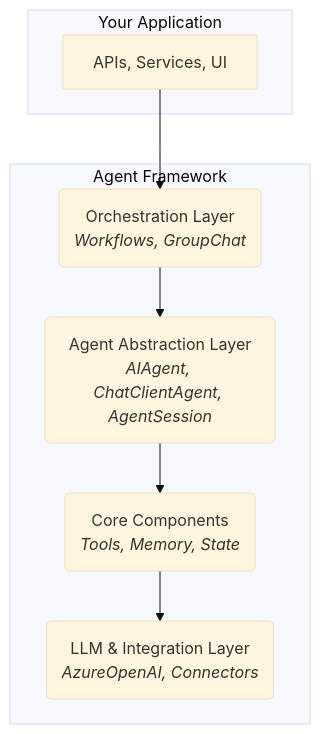
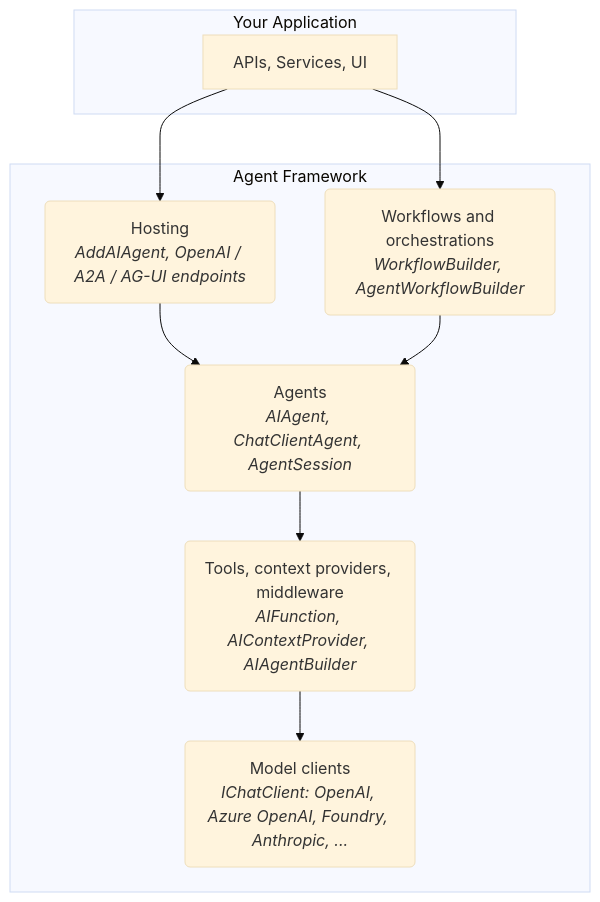
One commit to CodeHalwell/AgentGuides changed the first of 12 diagrams in src/content/docs/microsoft-agent-framework-guide/dotnet/microsoft_agent_framework_dotnet_diagrams.md. Above: the diagram before and after it, drawn with Mermaid (base theme). The commit also changed other lines of this file and 4 other files, not shown here.

First line of the commit message:
.NET guide: workflows, orchestrations, hosting, observability, testing and evaluation; recipes and production expanded

````diff
--- a/src/content/docs/microsoft-agent-framework-guide/dotnet/microsoft_agent_framework_dotnet_diagrams.md
+++ b/src/content/docs/microsoft-agent-framework-guide/dotnet/microsoft_agent_framework_dotnet_diagrams.md
@@ -21,18 +21,21 @@
 ```mermaid
 graph TD
     subgraph Your Application
         A[APIs, Services, UI]
     end
 
     subgraph Agent Framework
-        B(Orchestration Layer<br/><i>Workflows, GroupChat</i>)
-        C(Agent Abstraction Layer<br/><i>AIAgent, ChatClientAgent, AgentSession</i>)
-        D(Core Components<br/><i>Tools, Memory, State</i>)
-        E(LLM & Integration Layer<br/><i>AzureOpenAI, Connectors</i>)
+        H(Hosting<br/><i>AddAIAgent, OpenAI / A2A / AG-UI endpoints</i>)
+        B(Workflows and orchestrations<br/><i>WorkflowBuilder, AgentWorkflowBuilder</i>)
+        C(Agents<br/><i>AIAgent, ChatClientAgent, AgentSession</i>)
+        D(Tools, context providers, middleware<br/><i>AIFunction, AIContextProvider, AIAgentBuilder</i>)
+        E(Model clients<br/><i>IChatClient: OpenAI, Azure OpenAI, Foundry, Anthropic, ...</i>)
     end
 
+    A --> H
     A --> B
+    H --> C
     B --> C
     C --> D
     D --> E
 ```
````
